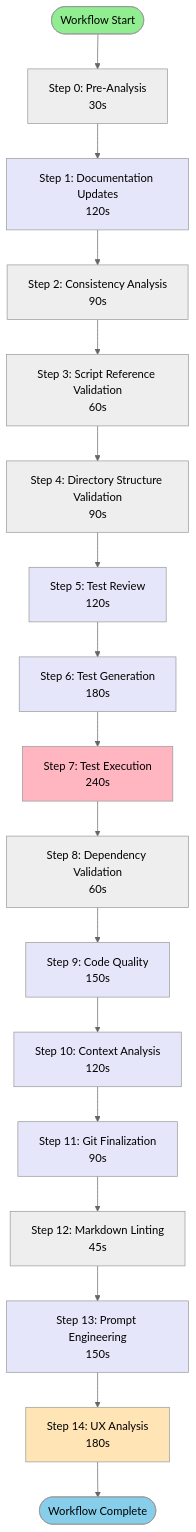
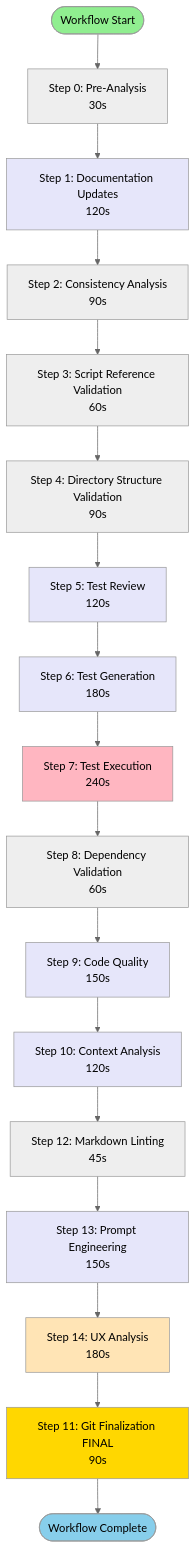
Before and after one commit to mpbarbosa/ai_workflow: the first of 18 diagrams in docs/reference/workflow-diagrams.md, drawn with Mermaid (neutral theme). The commit also changed other lines of this file and 448 other files, not shown here.

````diff
--- a/docs/reference/workflow-diagrams.md
+++ b/docs/reference/workflow-diagrams.md
@@ -28,27 +28,28 @@
 ```mermaid
 graph TD
     Start([Workflow Start]) --> Step0[Step 0: Pre-Analysis<br/>30s]
     Step0 --> Step1[Step 1: Documentation Updates<br/>120s]
     Step1 --> Step2[Step 2: Consistency Analysis<br/>90s]
     Step2 --> Step3[Step 3: Script Reference Validation<br/>60s]
     Step3 --> Step4[Step 4: Directory Structure Validation<br/>90s]
     Step4 --> Step5[Step 5: Test Review<br/>120s]
     Step5 --> Step6[Step 6: Test Generation<br/>180s]
     Step6 --> Step7[Step 7: Test Execution<br/>240s]
     Step7 --> Step8[Step 8: Dependency Validation<br/>60s]
     Step8 --> Step9[Step 9: Code Quality<br/>150s]
     Step9 --> Step10[Step 10: Context Analysis<br/>120s]
-    Step10 --> Step11[Step 11: Git Finalization<br/>90s]
-    Step11 --> Step12[Step 12: Markdown Linting<br/>45s]
+    Step10 --> Step12[Step 12: Markdown Linting<br/>45s]
     Step12 --> Step13[Step 13: Prompt Engineering<br/>150s]
     Step13 --> Step14[Step 14: UX Analysis<br/>180s]
-    Step14 --> End([Workflow Complete])
+    Step14 --> Step11[Step 11: Git Finalization FINAL<br/>90s]
+    Step11 --> End([Workflow Complete])
     
     style Start fill:#90EE90
     style End fill:#87CEEB
     style Step7 fill:#FFB6C1
+    style Step11 fill:#FFD700
     style Step14 fill:#FFE4B5
     
     classDef aiStep fill:#E6E6FA
     class Step1,Step5,Step6,Step9,Step10,Step11,Step13,Step14 aiStep
 ```
````
